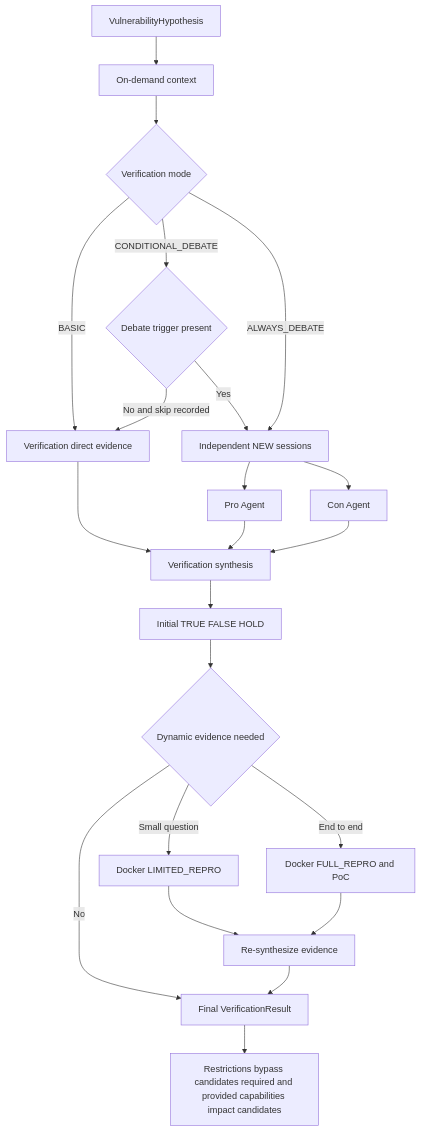
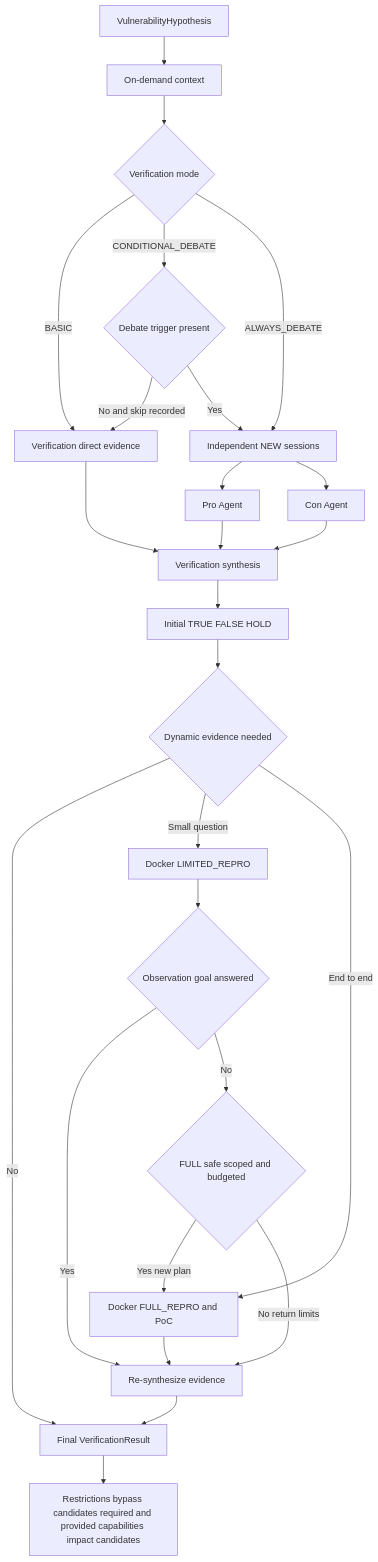
Before and after one commit to SASTsimi/sastsimi: the fourth of 9 diagrams in docs/architecture-v5/13-architecture-diagrams.md, drawn with Mermaid. The commit also changed 4 other files, not shown here.

Commit message:
docs: define limited and full reproduction flow

````diff
--- a/docs/architecture-v5/13-architecture-diagrams.md
+++ b/docs/architecture-v5/13-architecture-diagrams.md
@@ -112,24 +112,28 @@
 ```mermaid
 flowchart TB
     HYP[VulnerabilityHypothesis] --> CTX[On-demand context]
     CTX --> MODE{Verification mode}
     MODE -->|BASIC| BASIC[Verification direct evidence]
     MODE -->|CONDITIONAL_DEBATE| TRIGGER{Debate trigger present}
     MODE -->|ALWAYS_DEBATE| FORK[Independent NEW sessions]
     TRIGGER -->|No and skip recorded| BASIC
     TRIGGER -->|Yes| FORK
     FORK --> PRO[Pro Agent]
     FORK --> CON[Con Agent]
     PRO --> SYN[Verification synthesis]
     CON --> SYN
     BASIC --> SYN
     SYN --> INITIAL[Initial TRUE FALSE HOLD]
     INITIAL --> DYN{Dynamic evidence needed}
     DYN -->|No| FINAL[Final VerificationResult]
     DYN -->|Small question| LIMITED[Docker LIMITED_REPRO]
     DYN -->|End to end| FULL[Docker FULL_REPRO and PoC]
-    LIMITED --> SYN2[Re-synthesize evidence]
+    LIMITED --> LOBS{Observation goal answered}
+    LOBS -->|Yes| SYN2[Re-synthesize evidence]
+    LOBS -->|No| ESC{FULL safe scoped and budgeted}
+    ESC -->|Yes new plan| FULL
+    ESC -->|No return limits| SYN2
     FULL --> SYN2
     SYN2 --> FINAL
     FINAL --> OUT[Restrictions bypass candidates required and provided capabilities impact candidates]
 ```
````
